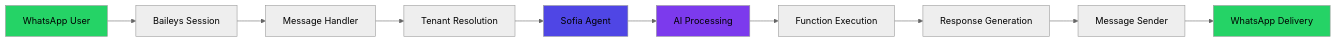
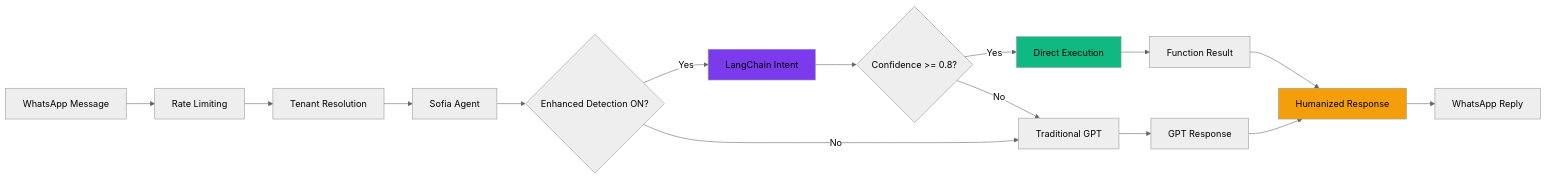
The second of 2 diagrams in SOFIA.md (IgorGewehr/locai), drawn with Mermaid (neutral theme) before and after one commit. The commit also changed other lines of this file and 14 other files, not shown here.

````diff
--- a/SOFIA.md
+++ b/SOFIA.md
@@ -558,17 +363,21 @@
 ```mermaid
 graph LR
-    A[WhatsApp User] --> B[Baileys Session]
-    B --> C[Message Handler]
-    C --> D[Tenant Resolution]
-    D --> E[Sofia Agent]
-    E --> F[AI Processing]
-    F --> G[Function Execution]
-    G --> H[Response Generation]
-    H --> I[Message Sender]
-    I --> J[WhatsApp Delivery]
+    A[WhatsApp Message] --> B[Rate Limiting]
+    B --> C[Tenant Resolution]
+    C --> D[Sofia Agent]
+    D --> E{Enhanced Detection ON?}
+    E -->|Yes| F[LangChain Intent]
+    E -->|No| G[Traditional GPT]
+    F --> H{Confidence >= 0.8?}
+    H -->|Yes| I[Direct Execution]
+    H -->|No| G
+    I --> J[Function Result]
+    G --> K[GPT Response]
+    J --> L[Humanized Response]
+    K --> L
+    L --> M[WhatsApp Reply]
     
-    style A fill:#25d366
-    style J fill:#25d366
-    style E fill:#4f46e5
     style F fill:#7c3aed
+    style I fill:#10b981
+    style L fill:#f59e0b
 ```
````
